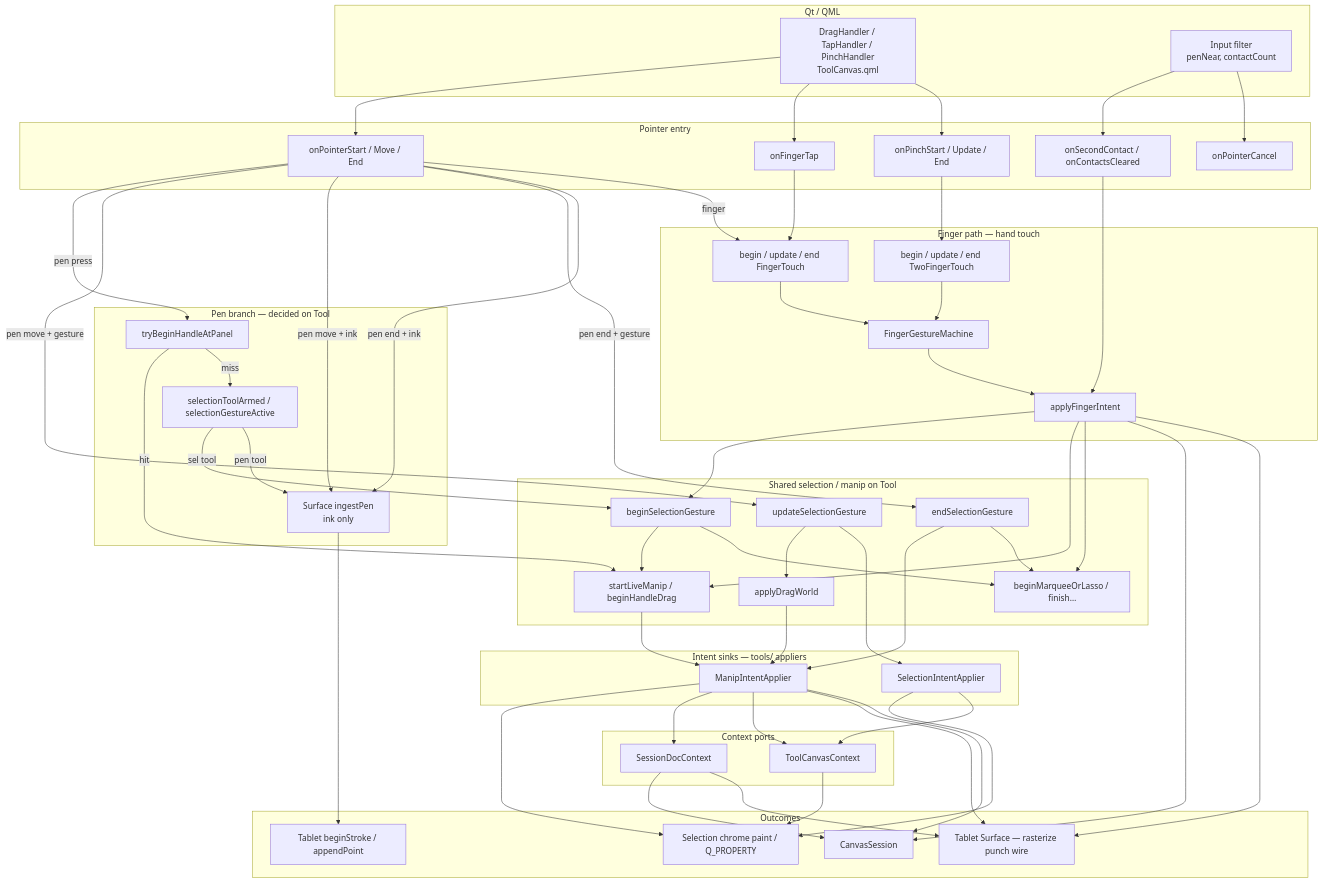
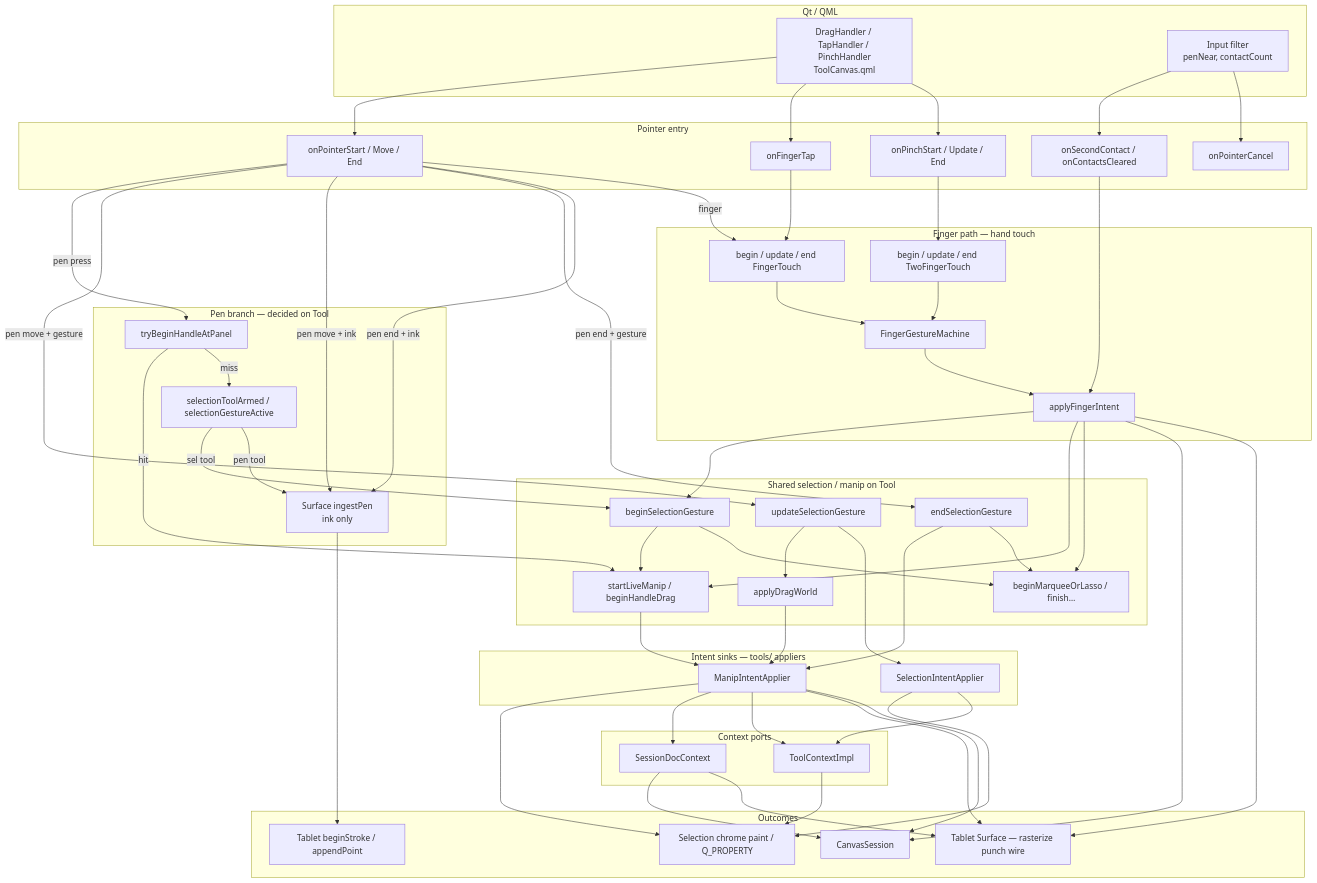
One commit to hoaidv/reawa changed the diagram in epaper/drawing/toolcanvasitem.md. Above: the diagram before and after it, drawn with Mermaid. The commit also changed 47 other files, not shown here.

Commit message:
refactoring ToolCanvas paint logic

```diff
--- a/epaper/drawing/toolcanvasitem.md
+++ b/epaper/drawing/toolcanvasitem.md
@@ -60,7 +60,7 @@
 
   subgraph ctx [Context ports]
     DOC[SessionDocContext]
-    TUI[ToolCanvasContext]
+    TUI[ToolContextImpl]
   end
 
   subgraph out [Outcomes]
```
